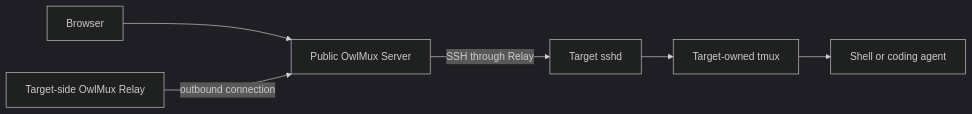
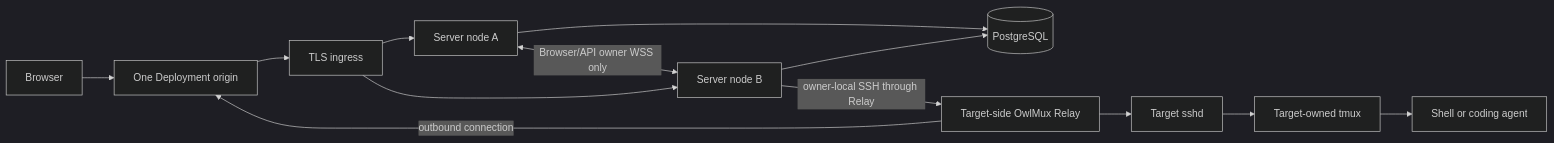
The diagram in docs/index.md (Wh1isper/cloud-ssh), drawn with Mermaid (dark theme) before and after one commit. The commit also changed other lines of this file and 36 other files, not shown here.

Commit message:
Simplify OwlMux target architecture

````diff
--- a/docs/index.md
+++ b/docs/index.md
@@ -46,8 +43,15 @@
 ```mermaid
 flowchart LR
-    browser["Browser"] --> server["Public OwlMux Server"]
-    relay["Target-side OwlMux Relay"] -->|"outbound connection"| server
-    server -->|"SSH through Relay"| sshd["Target sshd"]
+    browser["Browser"] --> origin["One Deployment origin"]
+    relay["Target-side OwlMux Relay"] -->|"outbound connection"| origin
+    origin --> ingress["TLS ingress"]
+    ingress --> nodeA["Server node A"]
+    ingress --> nodeB["Server node B"]
+    nodeA --> postgres[("PostgreSQL")]
+    nodeB --> postgres
+    nodeA <-->|"Browser/API owner WSS only"| nodeB
+    nodeB -->|"owner-local SSH through Relay"| relay
+    relay --> sshd["Target sshd"]
     sshd --> tmux["Target-owned tmux"]
     tmux --> process["Shell or coding agent"]
 ```
````
